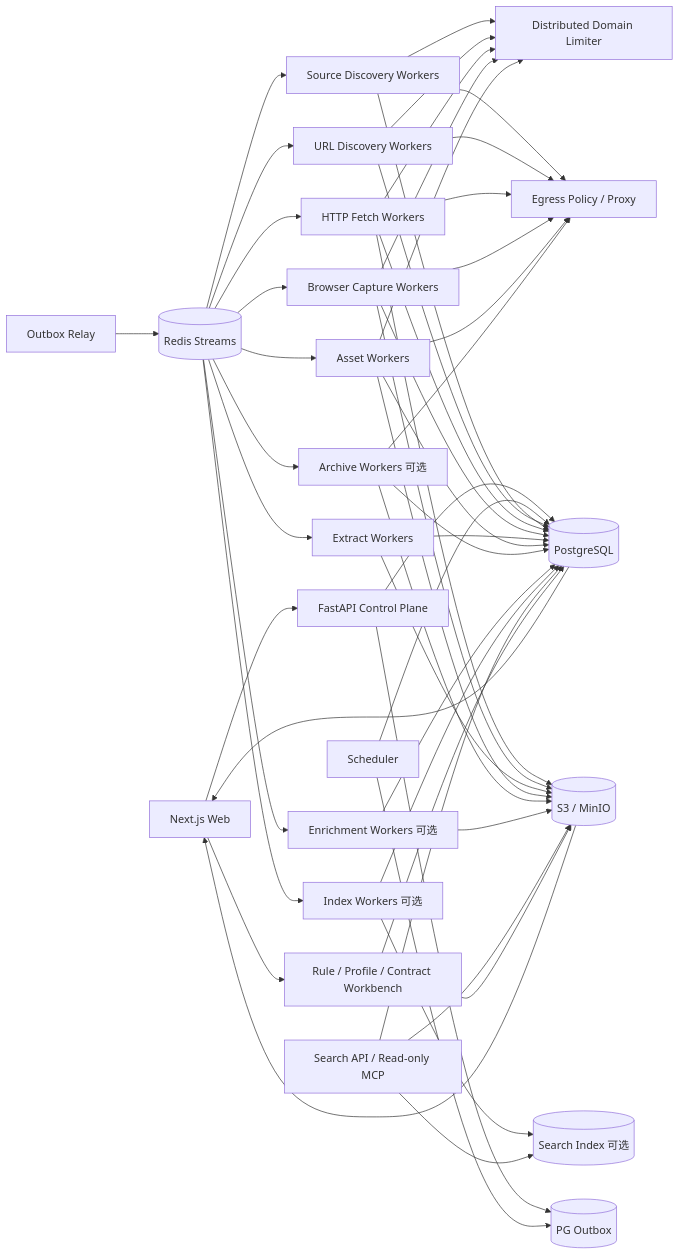
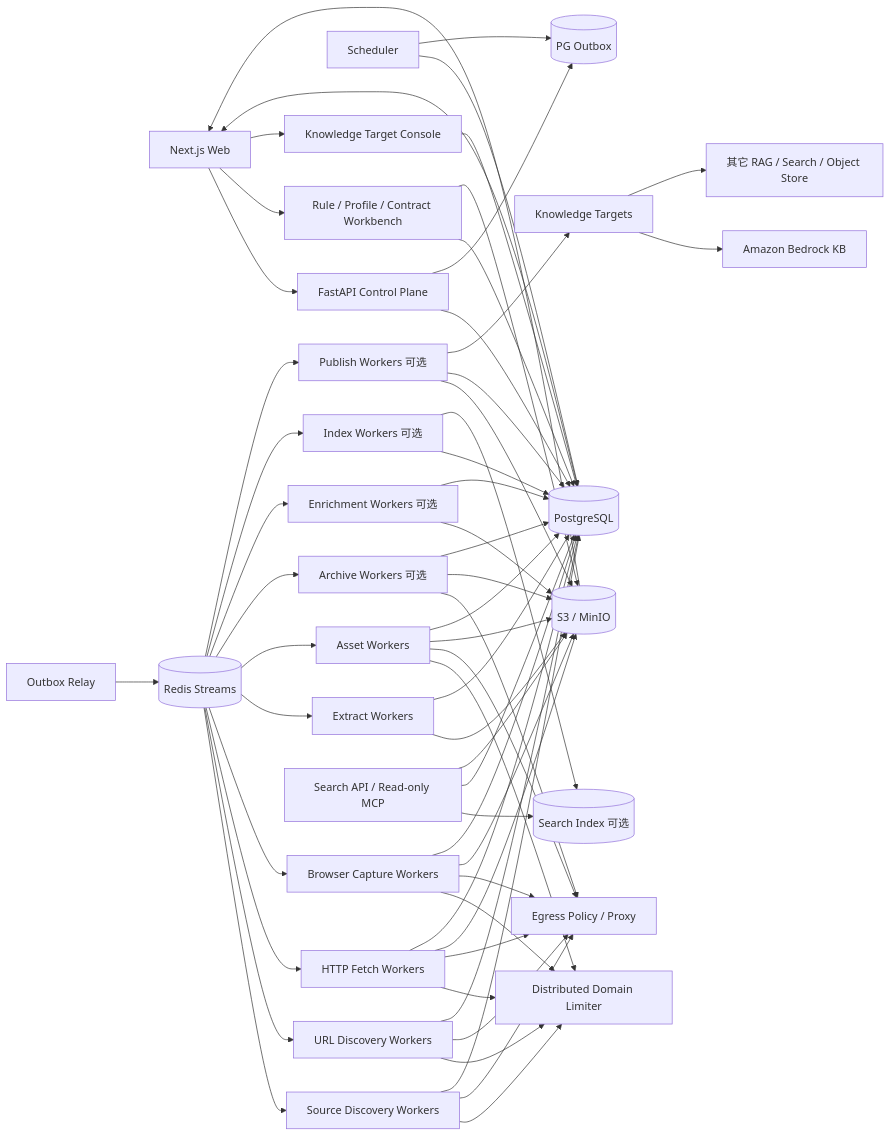
The diagram in 博客知识库技术方案.md (WorkerXu/my-doc), drawn with Mermaid before and after one commit. The commit also changed other lines of this file, not shown here.

````diff
--- a/博客知识库技术方案.md
+++ b/博客知识库技术方案.md
@@ -61,60 +69,69 @@
 ```mermaid
 flowchart LR
     UI[Next.js Web] --> API[FastAPI Control Plane]
     API --> PG[(PostgreSQL)]
     API --> OUT[(PG Outbox)]
     SCHED[Scheduler] --> PG
     SCHED --> OUT
     RELAY[Outbox Relay] --> REDIS[(Redis Streams)]
 
     REDIS --> SD[Source Discovery Workers]
     REDIS --> UD[URL Discovery Workers]
     REDIS --> HF[HTTP Fetch Workers]
     REDIS --> BF[Browser Capture Workers]
     REDIS --> EX[Extract Workers]
     REDIS --> AS[Asset Workers]
     REDIS --> AR[Archive Workers 可选]
     REDIS --> EN[Enrichment Workers 可选]
     REDIS --> IX[Index Workers 可选]
+    REDIS --> PW[Publish Workers 可选]
 
     SD --> LIM[Distributed Domain Limiter]
     UD --> LIM
     HF --> LIM
     BF --> LIM
     AS --> LIM
 
     SD --> EG[Egress Policy / Proxy]
     UD --> EG
     HF --> EG
     BF --> EG
     AS --> EG
     AR --> EG
 
     HF --> S3[(S3 / MinIO)]
     BF --> S3
     EX --> S3
     AS --> S3
     AR --> S3
     EN --> S3
+    PW --> S3
 
     SD --> PG
     UD --> PG
     HF --> PG
     BF --> PG
     EX --> PG
     AS --> PG
     AR --> PG
     EN --> PG
     IX --> PG
+    PW --> PG
 
     IX --> SI[(Search Index 可选)]
     SEARCH[Search API / Read-only MCP] --> SI
     SEARCH --> PG
     SEARCH --> S3
 
+    PW --> KT[Knowledge Targets]
+    KT --> BDK[Amazon Bedrock KB]
+    KT --> EXT[其它 RAG / Search / Object Store]
+
     UI --> RC[Rule / Profile / Contract Workbench]
+    UI --> KC[Knowledge Target Console]
     RC --> PG
     RC --> S3
+    KC --> PG
     PG --> UI
     S3 --> UI
 ```
````
